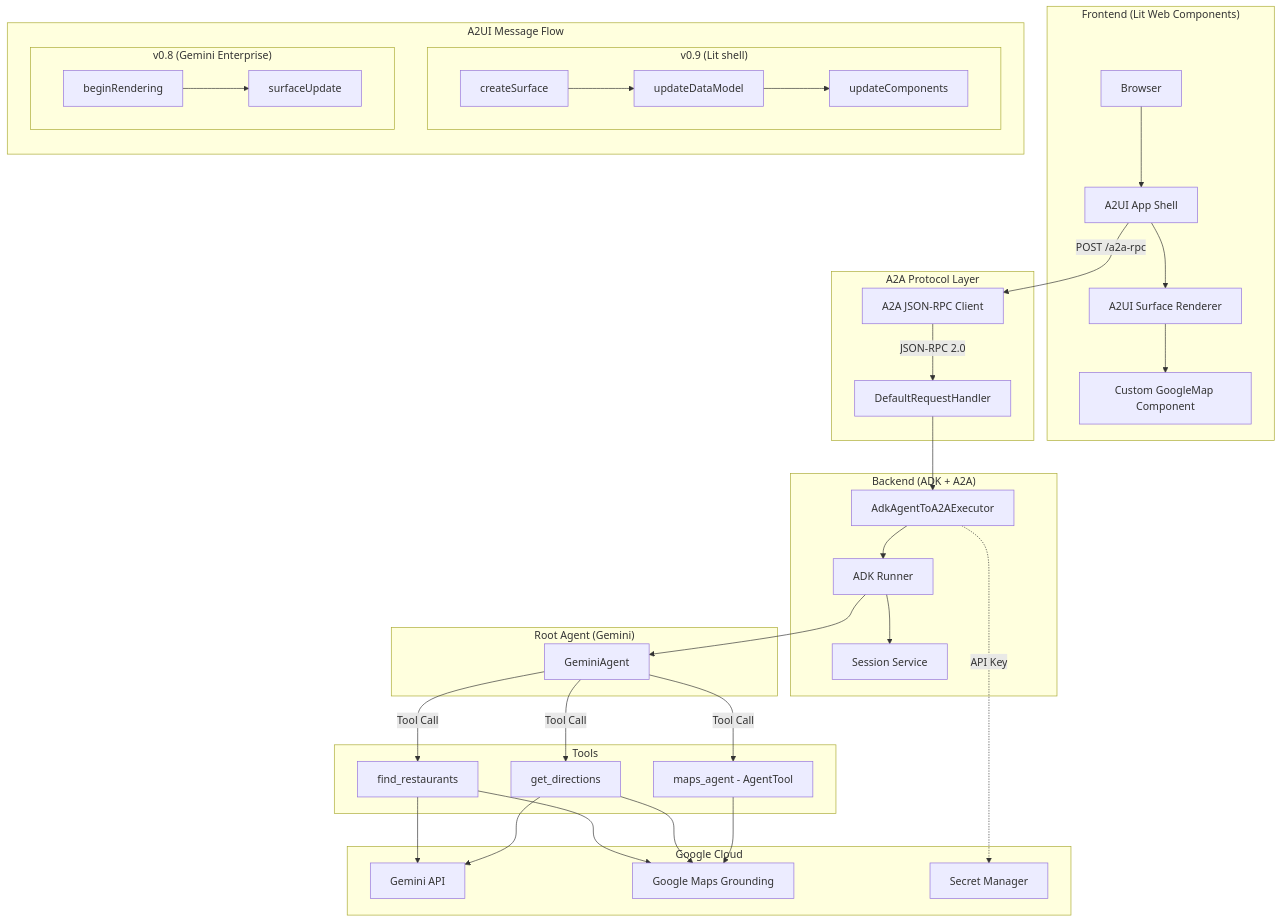
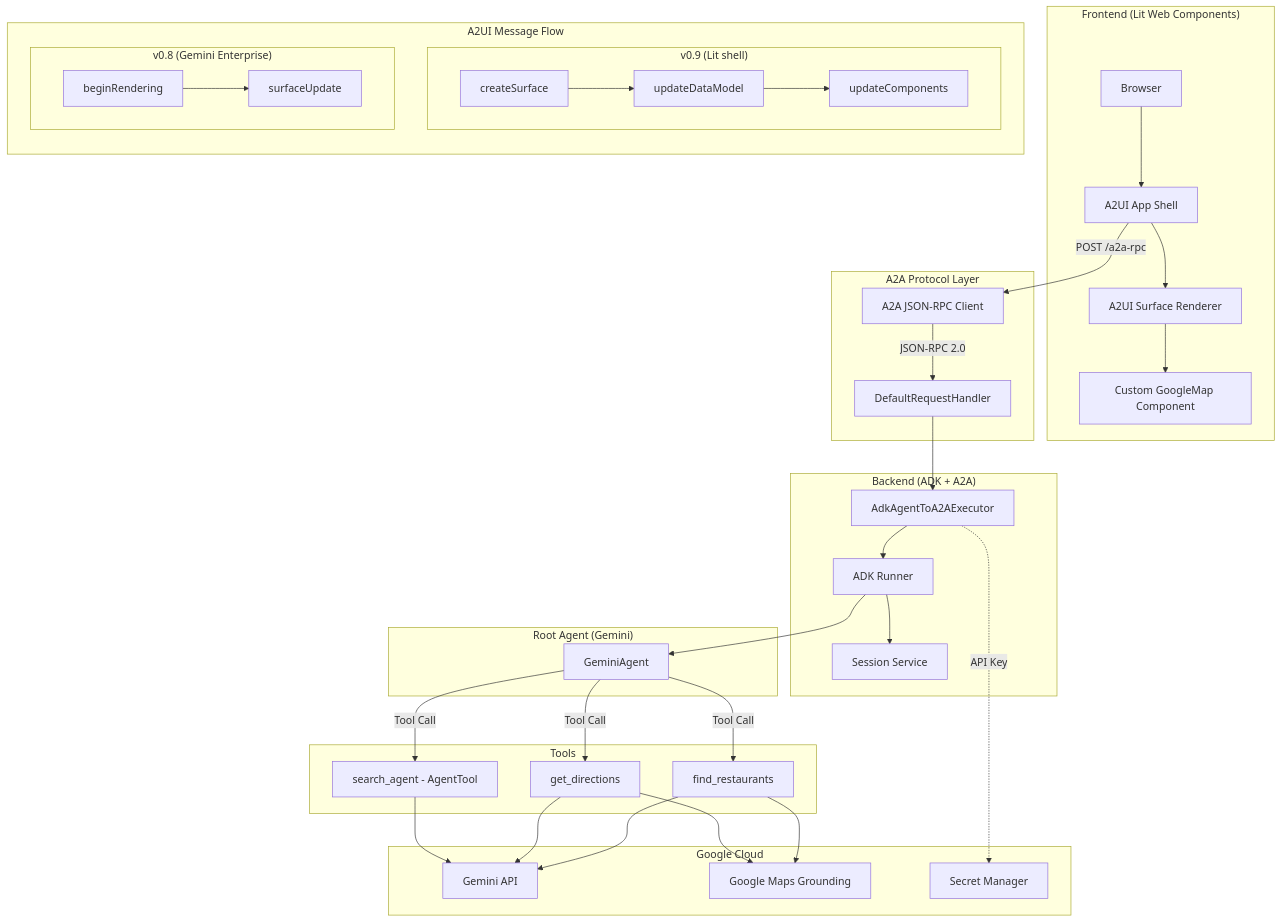
Before and after one commit to wadave/agent-a2ui-demo: the second of 3 diagrams in README.md, drawn with Mermaid. The commit also changed other lines of this file and 8 other files, not shown here.

````diff
--- a/README.md
+++ b/README.md
@@ -32,67 +45,67 @@
 ```mermaid
 graph TB
     subgraph "Frontend (Lit Web Components)"
         Browser[Browser]
         AppShell[A2UI App Shell]
         Surface[A2UI Surface Renderer]
         CustomComp[Custom GoogleMap Component]
         Browser --> AppShell
         AppShell --> Surface
         Surface --> CustomComp
     end
 
     subgraph "A2A Protocol Layer"
         Client[A2A JSON-RPC Client]
         Handler[DefaultRequestHandler]
         AppShell -->|"POST /a2a-rpc"| Client
         Client -->|"JSON-RPC 2.0"| Handler
     end
 
     subgraph "Backend (ADK + A2A)"
         Executor[AdkAgentToA2AExecutor]
         Runner[ADK Runner]
         Session[Session Service]
         Handler --> Executor
         Executor --> Runner
         Runner --> Session
     end
 
     subgraph "Root Agent (Gemini)"
         Agent[GeminiAgent]
         Runner --> Agent
     end
 
     subgraph "Tools"
         FindRest[find_restaurants]
         GetDir[get_directions]
-        MapsAgent[maps_agent - AgentTool]
+        SearchAgent[search_agent - AgentTool]
         Agent -->|"Tool Call"| FindRest
         Agent -->|"Tool Call"| GetDir
-        Agent -->|"Tool Call"| MapsAgent
+        Agent -->|"Tool Call"| SearchAgent
     end
 
     subgraph "Google Cloud"
         GeminiAPI[Gemini API]
         MapsGround[Google Maps Grounding]
         SecretMgr[Secret Manager]
         FindRest --> GeminiAPI
         FindRest --> MapsGround
         GetDir --> GeminiAPI
         GetDir --> MapsGround
-        MapsAgent --> MapsGround
+        SearchAgent --> GeminiAPI
         Executor -.->|"API Key"| SecretMgr
     end
 
     subgraph "A2UI Message Flow"
         direction TB
         subgraph V09["v0.9 (Lit shell)"]
             direction LR
             CS[createSurface] --> UDM[updateDataModel]
             UDM --> UC[updateComponents]
         end
         subgraph V08["v0.8 (Gemini Enterprise)"]
             direction LR
             BR[beginRendering] --> SU[surfaceUpdate]
         end
     end
 ```
````
